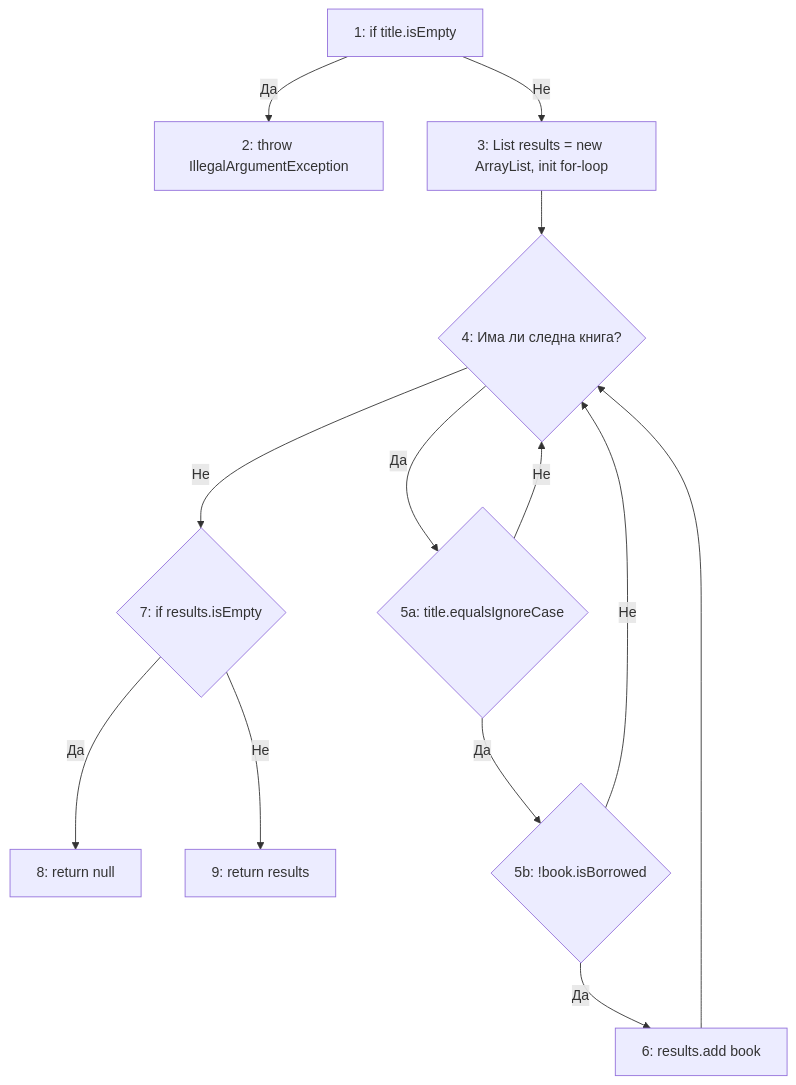
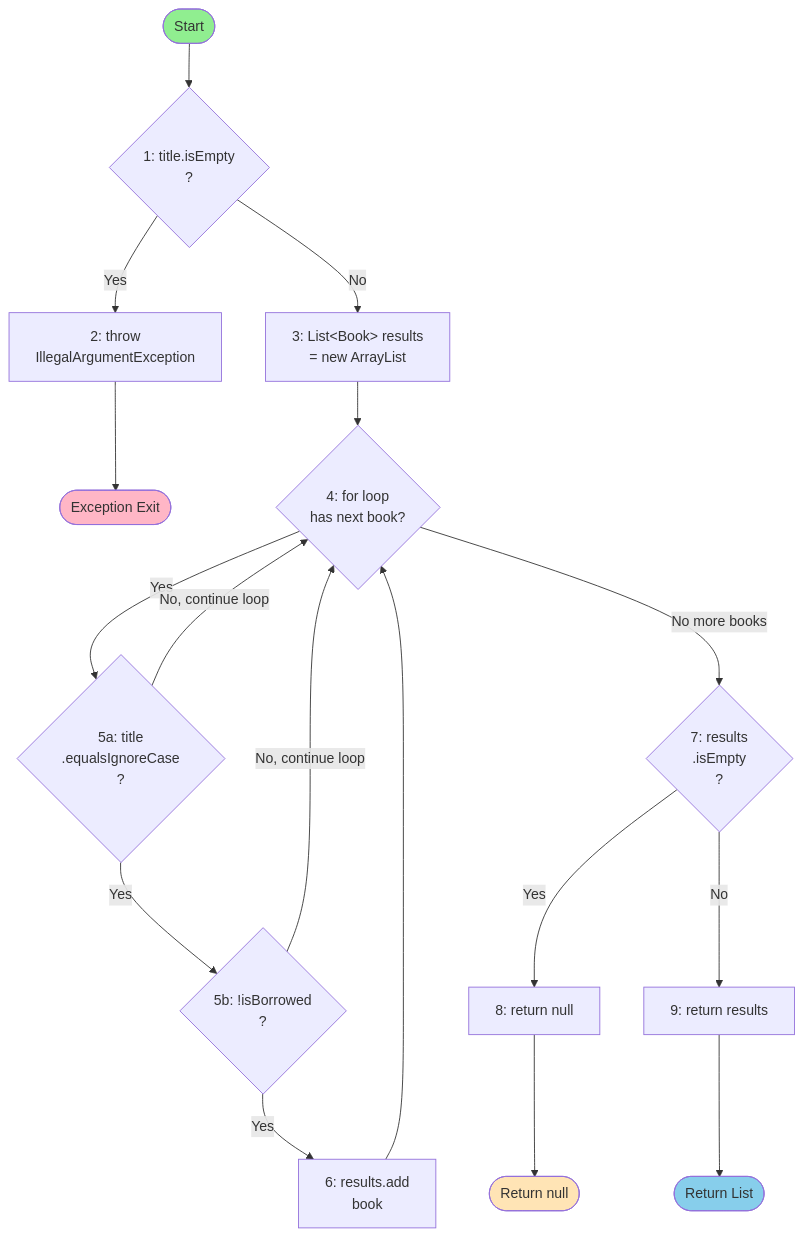
One commit to baleMus1/SI_2026_lab2_215081 changed the first of 2 diagrams in README.md. Above: the diagram before and after it, drawn with Mermaid. The commit also changed other lines of this file and 8 other files, not shown here.

````diff
--- a/README.md
+++ b/README.md
@@ -4,18 +105,31 @@
 ```mermaid
 graph TD
-    1[1: if title.isEmpty] -->|Да| 2[2: throw IllegalArgumentException]
-    1 -->|Не| 3[3: List results = new ArrayList, init for-loop]
-    3 --> 4{4: Има ли следна книга?}
+    START([Start]) --> EMPTY{1: title.isEmpty<br/>?}
+    EMPTY -->|Yes| THROW1["2: throw<br/>IllegalArgumentException"]
+    THROW1 --> END1([Exception Exit])
     
-    4 -->|Да| 5a{5a: title.equalsIgnoreCase}
-    5a -->|Да| 5b{5b: !book.isBorrowed}
-    5a -->|Не| 4
+    EMPTY -->|No| INIT["3: List&lt;Book&gt; results<br/>= new ArrayList"]
+    INIT --> LOOP{4: for loop<br/>has next book?}
     
-    5b -->|Да| 6[6: results.add book]
-    5b -->|Не| 4
-    6 --> 4
+    LOOP -->|Yes| TITLE{5a: title<br/>.equalsIgnoreCase<br/>?}
+    TITLE -->|No, continue loop| LOOP
     
-    4 -->|Не| 7{7: if results.isEmpty}
-    7 -->|Да| 8[8: return null]
-    7 -->|Не| 9[9: return results]
+    TITLE -->|Yes| BORROWED{5b: !isBorrowed<br/>?}
+    BORROWED -->|No, continue loop| LOOP
+    
+    BORROWED -->|Yes| ADD["6: results.add<br/>book"]
+    ADD --> LOOP
+    
+    LOOP -->|No more books| ISEMPTY{7: results<br/>.isEmpty<br/>?}
+    
+    ISEMPTY -->|Yes| RETNULL["8: return null"]
+    RETNULL --> END2([Return null])
+    
+    ISEMPTY -->|No| RETLIST["9: return results"]
+    RETLIST --> END3([Return List])
+    
+    style START fill:#90EE90
+    style END1 fill:#FFB6C6
+    style END2 fill:#FFE4B5
+    style END3 fill:#87CEEB
 ```
````
